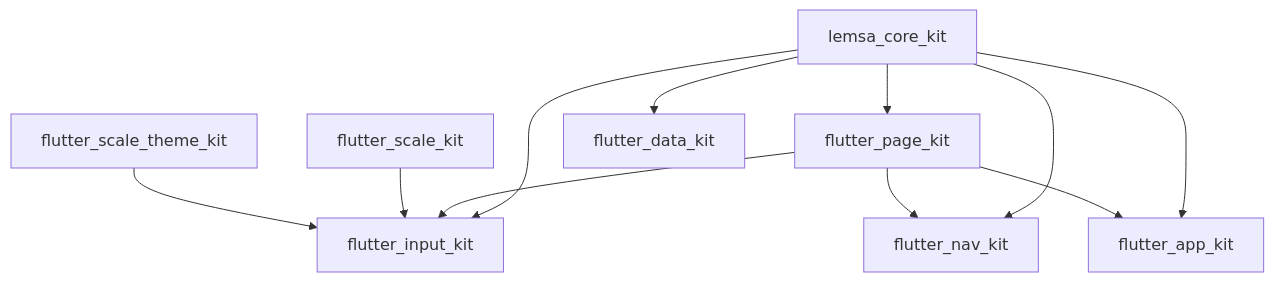
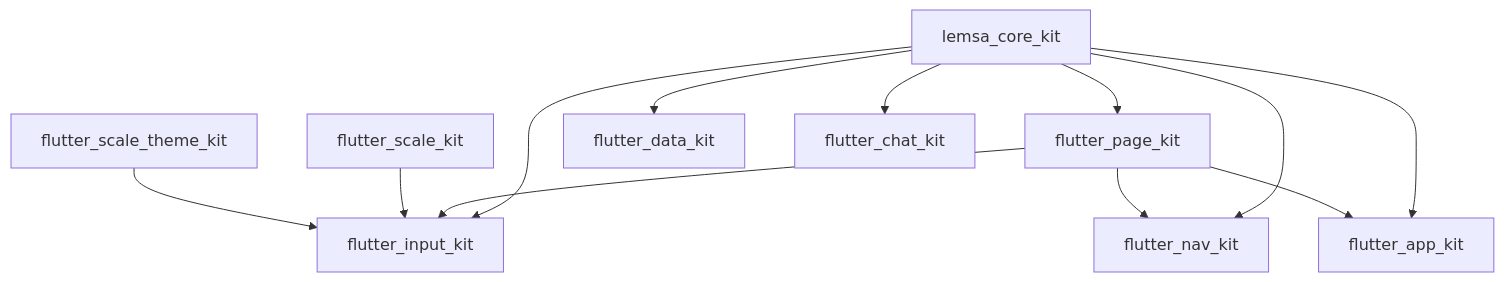
One commit to fodilfliti/lemsa-skills changed the diagram in spec/package.md. Above: the diagram before and after it, drawn with Mermaid. The commit also changed other lines of this file and 13 other files, not shown here.

First line of the commit message:
Add flutter_chat_kit to the family and bundle its flutter-chat-kit skill.

````diff
--- a/spec/package.md
+++ b/spec/package.md
@@ -49,22 +50,24 @@
 ```mermaid
 graph TD
   core[lemsa_core_kit]
   scale[flutter_scale_kit]
   theme[flutter_scale_theme_kit]
   page[flutter_page_kit]
   input[flutter_input_kit]
   data[flutter_data_kit]
   nav[flutter_nav_kit]
   app[flutter_app_kit]
+  chat[flutter_chat_kit]
 
   core --> page
   core --> input
   core --> data
   core --> nav
   core --> app
+  core --> chat
   page --> input
   page --> nav
   page --> app
   scale --> input
   theme --> input
 ```
````
